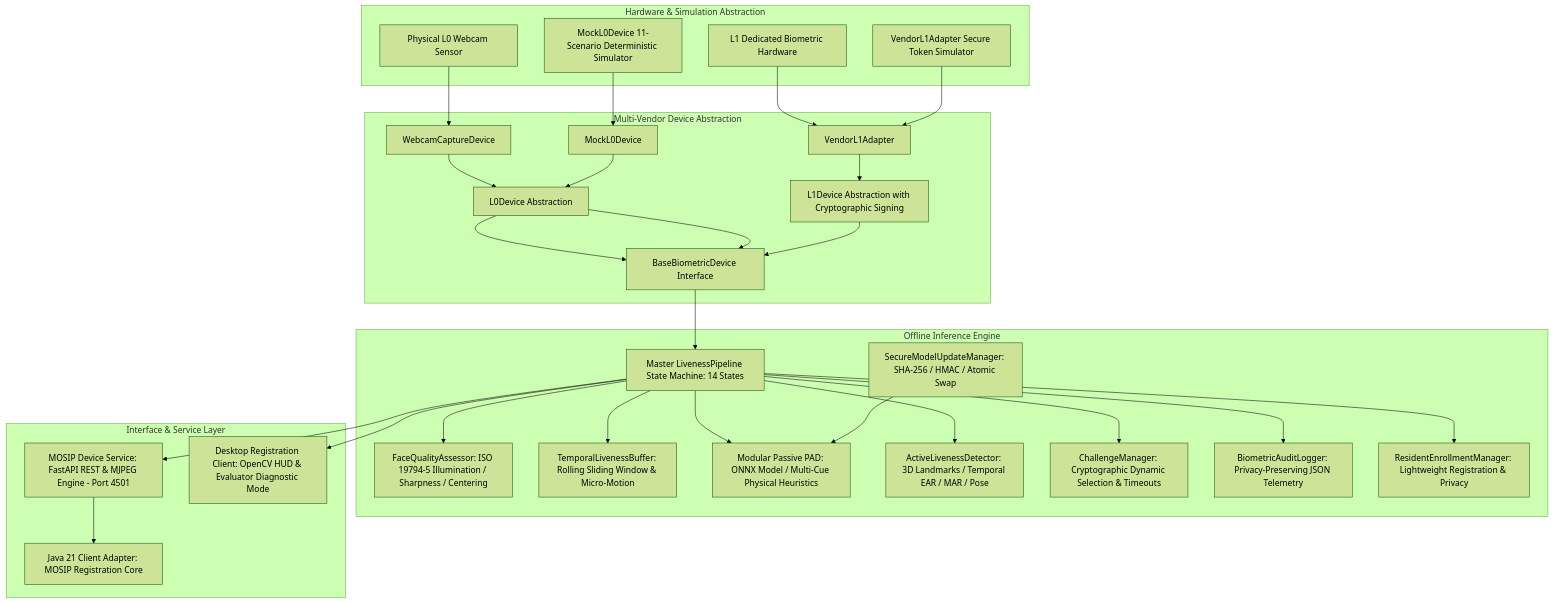
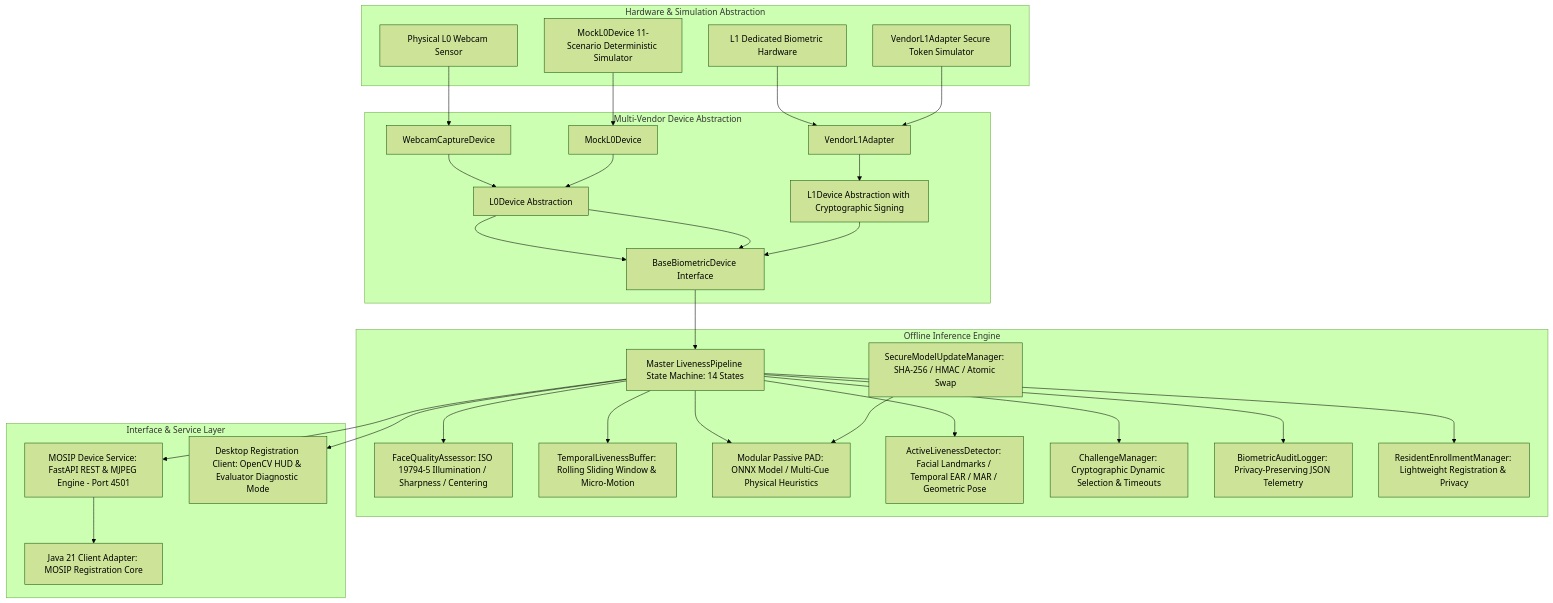
One commit to car-ui/mosip-face-liveness-pad changed the first of 3 diagrams in docs/TECHNICAL_DESIGN.md. Above: the diagram before and after it, drawn with Mermaid (forest theme). The commit also changed other lines of this file and 7 other files, not shown here.

Commit message:
refactor(terminology): precise geometric pose and ISO 19794-5 image representation terminology

````diff
--- a/docs/TECHNICAL_DESIGN.md
+++ b/docs/TECHNICAL_DESIGN.md
@@ -20,55 +20,55 @@
 ```mermaid
 flowchart TD
     subgraph Device Layer [Hardware & Simulation Abstraction]
         HW1[Physical L0 Webcam Sensor]
         HW2[L1 Dedicated Biometric Hardware]
         SIM[MockL0Device 11-Scenario Deterministic Simulator]
         VEND[VendorL1Adapter Secure Token Simulator]
     end
 
     subgraph Device Adapter Layer [Multi-Vendor Device Abstraction]
         DIF[BaseBiometricDevice Interface]
         L0Base[L0Device Abstraction]
         L1Base[L1Device Abstraction with Cryptographic Signing]
         WAdapter[WebcamCaptureDevice]
         MAdapter[MockL0Device]
         VAdapter[VendorL1Adapter]
     end
 
     subgraph Core Processing Pipeline [Offline Inference Engine]
         QA[FaceQualityAssessor: ISO 19794-5 Illumination / Sharpness / Centering]
         TB[TemporalLivenessBuffer: Rolling Sliding Window & Micro-Motion]
         PAD[Modular Passive PAD: ONNX Model / Multi-Cue Physical Heuristics]
-        AL[ActiveLivenessDetector: 3D Landmarks / Temporal EAR / MAR / Pose]
+        AL[ActiveLivenessDetector: Facial Landmarks / Temporal EAR / MAR / Geometric Pose]
         CM[ChallengeManager: Cryptographic Dynamic Selection & Timeouts]
         ALog[BiometricAuditLogger: Privacy-Preserving JSON Telemetry]
         UPD[SecureModelUpdateManager: SHA-256 / HMAC / Atomic Swap]
         REM[ResidentEnrollmentManager: Lightweight Registration & Privacy]
         SM[Master LivenessPipeline State Machine: 14 States]
     end
 
     subgraph Interface & Service Layer
         MDS[MOSIP Device Service: FastAPI REST & MJPEG Engine - Port 4501]
         DesktopUI[Desktop Registration Client: OpenCV HUD & Evaluator Diagnostic Mode]
         JavaAdapter[Java 21 Client Adapter: MOSIP Registration Core]
     end
 
     HW1 --> WAdapter --> L0Base --> DIF
     SIM --> MAdapter --> L0Base --> DIF
     HW2 --> VAdapter --> L1Base --> DIF
     VEND --> VAdapter
 
     DIF --> SM
     SM --> QA
     SM --> TB
     SM --> PAD
     SM --> AL
     SM --> CM
     SM --> ALog
     SM --> REM
     UPD --> PAD
 
     SM --> MDS
     SM --> DesktopUI
     MDS --> JavaAdapter
 ```
````
